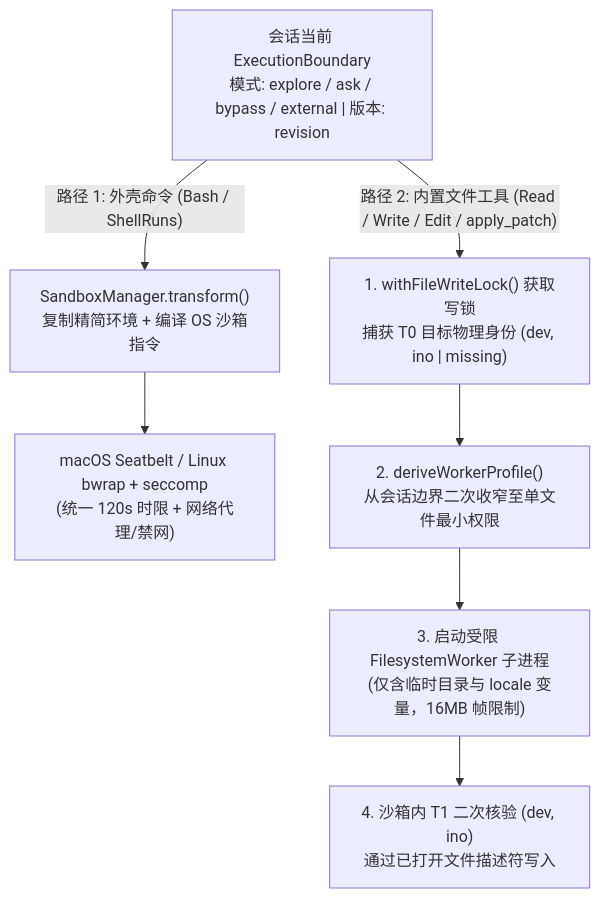
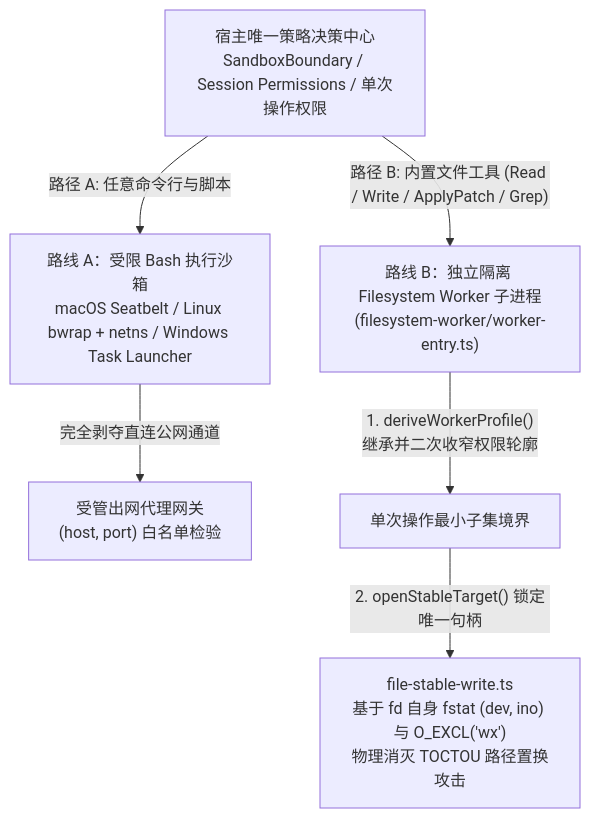
The diagram in maka-agent-infra/03-tools/sandbox.md (suger-m/agent-infrastructure-docs), drawn with Mermaid before and after one commit. The commit also changed other lines of this file and 33 other files, not shown here.

Commit message:
docs(ts): overhaul all 32 TS architecture chapters in razor-sharp microkernel style & polish Rust foundations

````diff
--- a/maka-agent-infra/03-tools/sandbox.md
+++ b/maka-agent-infra/03-tools/sandbox.md
@@ -19,12 +21,9 @@
 ```mermaid
-flowchart TD
-    Boundary["会话当前 ExecutionBoundary<br/>模式: explore / ask / bypass / external | 版本: revision"]
-    
-    Boundary -->|"路径 1: 外壳命令 (Bash / ShellRuns)"| CmdTransform["SandboxManager.transform()<br/>复制精简环境 + 编译 OS 沙箱指令"]
-    CmdTransform --> OS_Cmd["macOS Seatbelt / Linux bwrap + seccomp<br/>(统一 120s 时限 + 网络代理/禁网)"]
-    
-    Boundary -->|"路径 2: 内置文件工具 (Read / Write / Edit / apply_patch)"| WriteLock["1. withFileWriteLock() 获取写锁<br/>捕获 T0 目标物理身份 (dev, ino | missing)"]
-    WriteLock --> Derive["2. deriveWorkerProfile()<br/>从会话边界二次收窄至单文件最小权限"]
-    Derive --> WorkerProc["3. 启动受限 FilesystemWorker 子进程<br/>(仅含临时目录与 locale 变量，16MB 帧限制)"]
-    WorkerProc --> CAS["4. 沙箱内 T1 二次核验 (dev, ino)<br/>通过已打开文件描述符写入"]
+flowchart TB
+    Policy["宿主唯一策略决策中心<br/>SandboxBoundary / Session Permissions / 单次操作权限"] -->|"路径 A: 任意命令行与脚本"| BashLane["路线 A：受限 Bash 执行沙箱<br/>macOS Seatbelt / Linux bwrap + netns / Windows Task Launcher"]
+    Policy -->|"路径 B: 内置文件工具 (Read / Write / ApplyPatch / Grep)"| FileLane["路线 B：独立隔离 Filesystem Worker 子进程<br/>(filesystem-worker/worker-entry.ts)"]
+
+    BashLane -->|"完全剥夺直连公网通道"| NetGate["受管出网代理网关<br/>(host, port) 白名单检验"]
+    FileLane -->|"1. deriveWorkerProfile()<br/>继承并二次收窄权限轮廓"| InnerPolicy["单次操作最小子集境界"]
+    InnerPolicy -->|"2. openStableTarget() 锁定唯一句柄"| StableFd["file-stable-write.ts<br/>基于 fd 自身 fstat (dev, ino) 与 O_EXCL('wx')<br/>物理消灭 TOCTOU 路径置换攻击"]
 ```
````
